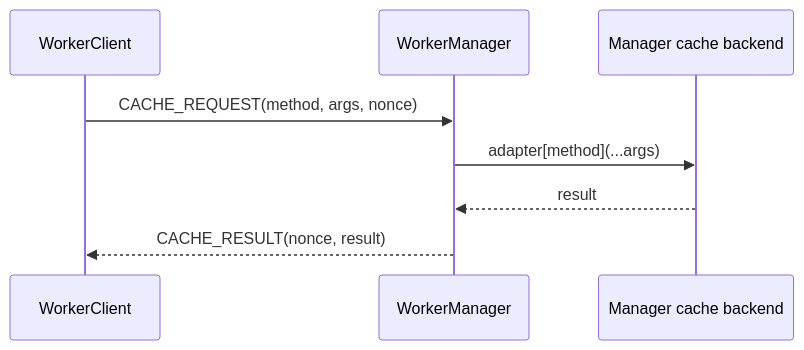
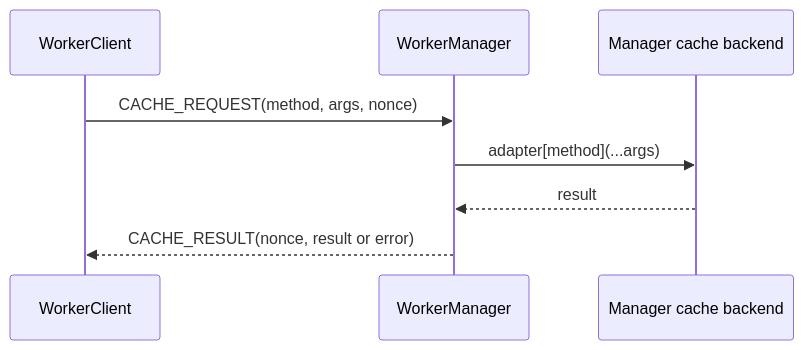
One commit to tiramisulabs/seyfert-web changed the second of 2 diagrams in content/docs/learn/scaling/sharding.mdx. Above: the diagram before and after it, drawn with Mermaid. The commit also changed other lines of this file and 3 other files, not shown here.

````diff
--- a/content/docs/learn/scaling/sharding.mdx
+++ b/content/docs/learn/scaling/sharding.mdx
@@ -135,14 +135,14 @@
 ```mermaid
 sequenceDiagram
     accTitle: WorkerAdapter cache request
-    accDescr: A WorkerClient sends every cache operation over process or thread IPC to WorkerManager. The manager executes the operation on its configured cache backend and returns the result over IPC. The worker keeps a pending promise until the response arrives or its 60-second timeout expires.
+    accDescr: A WorkerClient sends every cache operation over process or thread IPC to WorkerManager. The manager executes the operation on its configured cache backend and returns either the value or a serialized error over IPC. The worker keeps a pending promise until the response arrives or its 60-second timeout expires.
 
     participant Worker as WorkerClient
     participant Manager as WorkerManager
     participant Backend as Manager cache backend
 
     Worker->>Manager: CACHE_REQUEST(method, args, nonce)
     Manager->>Backend: adapter[method](...args)
     Backend-->>Manager: result
-    Manager-->>Worker: CACHE_RESULT(nonce, result)
+    Manager-->>Worker: CACHE_RESULT(nonce, result or error)
 ```
````
